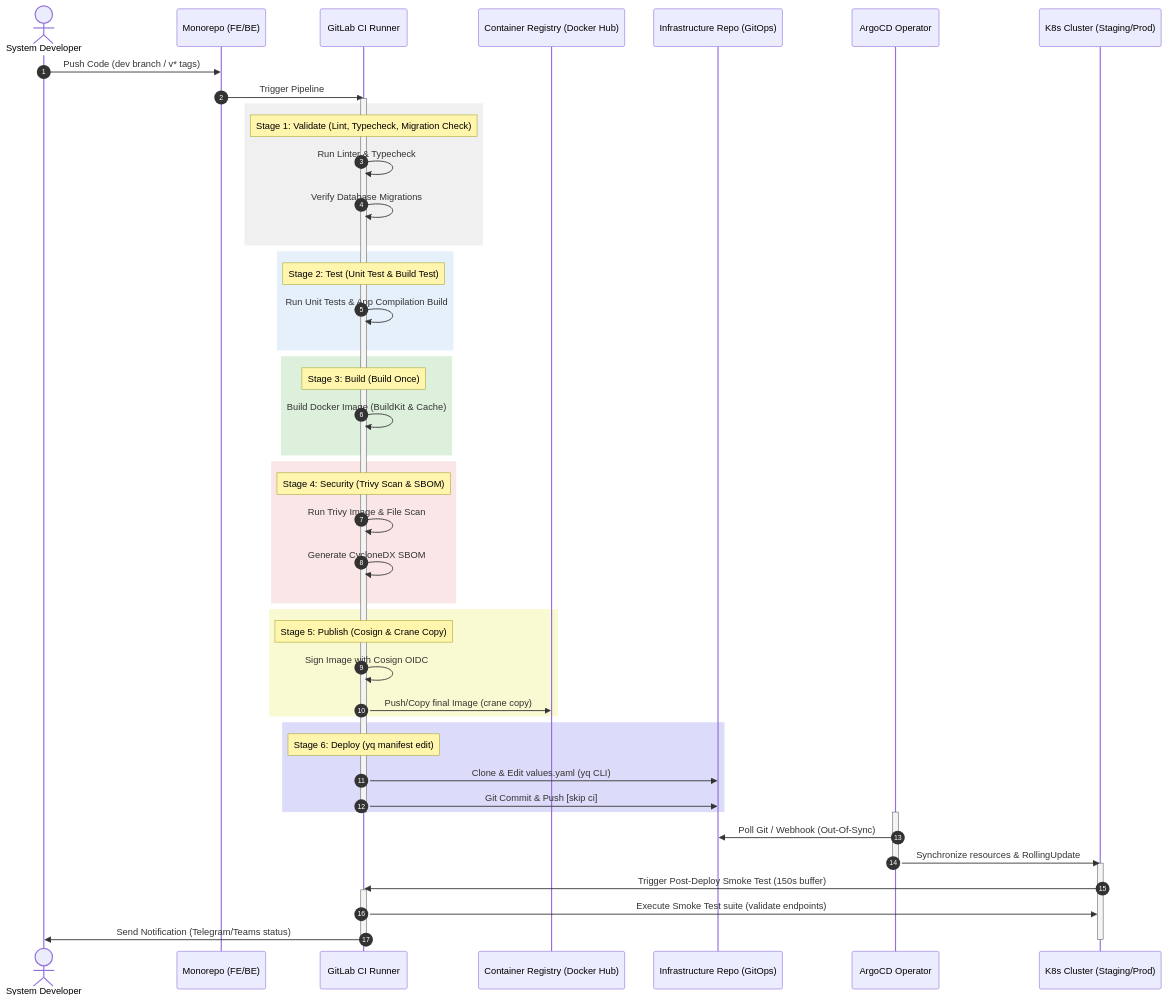
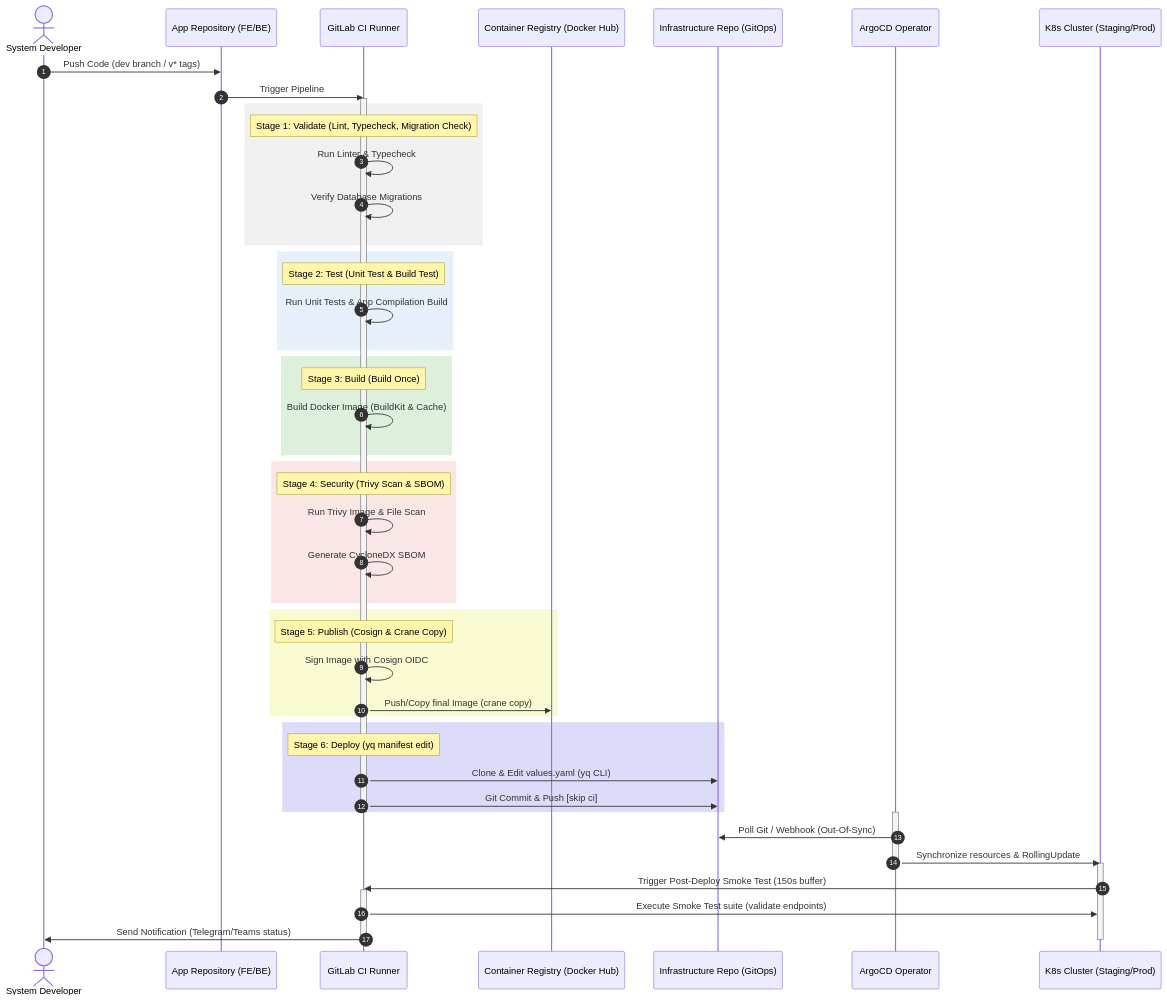
Before and after one commit to luudinhmac/myweb-profile-blog: the diagram in docs/deployment/gitops-workflow.md, drawn with Mermaid. The commit also changed other lines of this file and 1 other file, not shown here.

Commit message:
docs: standardize terminology to 'Docker image' and replace monorepo reference in diagrams

````diff
--- a/docs/deployment/gitops-workflow.md
+++ b/docs/deployment/gitops-workflow.md
@@ -21,63 +21,63 @@
 ```mermaid
 sequenceDiagram
     autonumber
     actor Developer as System Developer
-    participant AppRepo as Monorepo (FE/BE)
+    participant AppRepo as App Repository (FE/BE)
     participant GitLab as GitLab CI Runner
     participant Registry as Container Registry (Docker Hub)
     participant InfraRepo as Infrastructure Repo (GitOps)
     participant ArgoCD as ArgoCD Operator
     participant Cluster as K8s Cluster (Staging/Prod)
 
     Developer->>AppRepo: Push Code (dev branch / v* tags)
     AppRepo->>GitLab: Trigger Pipeline
     activate GitLab
     
     rect rgb(240, 240, 240)
         Note over GitLab: Stage 1: Validate (Lint, Typecheck, Migration Check)
         GitLab->>GitLab: Run Linter & Typecheck
         GitLab->>GitLab: Verify Database Migrations
     end
 
     rect rgb(230, 240, 250)
         Note over GitLab: Stage 2: Test (Unit Test & Build Test)
         GitLab->>GitLab: Run Unit Tests & App Compilation Build
     end
 
     rect rgb(220, 240, 220)
         Note over GitLab: Stage 3: Build (Build Once)
         GitLab->>GitLab: Build Docker Image (BuildKit & Cache)
     end
 
     rect rgb(250, 230, 230)
         Note over GitLab: Stage 4: Security (Trivy Scan & SBOM)
         GitLab->>GitLab: Run Trivy Image & File Scan
         GitLab->>GitLab: Generate CycloneDX SBOM
     end
 
     rect rgb(250, 250, 210)
         Note over GitLab: Stage 5: Publish (Cosign & Crane Copy)
         GitLab->>GitLab: Sign Image with Cosign OIDC
         GitLab->>Registry: Push/Copy final Image (crane copy)
     end
 
     rect rgb(220, 220, 250)
         Note over GitLab: Stage 6: Deploy (yq manifest edit)
         GitLab->>InfraRepo: Clone & Edit values.yaml (yq CLI)
         GitLab->>InfraRepo: Git Commit & Push [skip ci]
     end
     deactivate GitLab
 
     activate ArgoCD
     ArgoCD->>InfraRepo: Poll Git / Webhook (Out-Of-Sync)
     ArgoCD->>Cluster: Synchronize resources & RollingUpdate
     deactivate ArgoCD
 
     activate Cluster
     Cluster->>GitLab: Trigger Post-Deploy Smoke Test (150s buffer)
     activate GitLab
     GitLab->>Cluster: Execute Smoke Test suite (validate endpoints)
     GitLab->>Developer: Send Notification (Telegram/Teams status)
     deactivate GitLab
     deactivate Cluster
 ```
````
